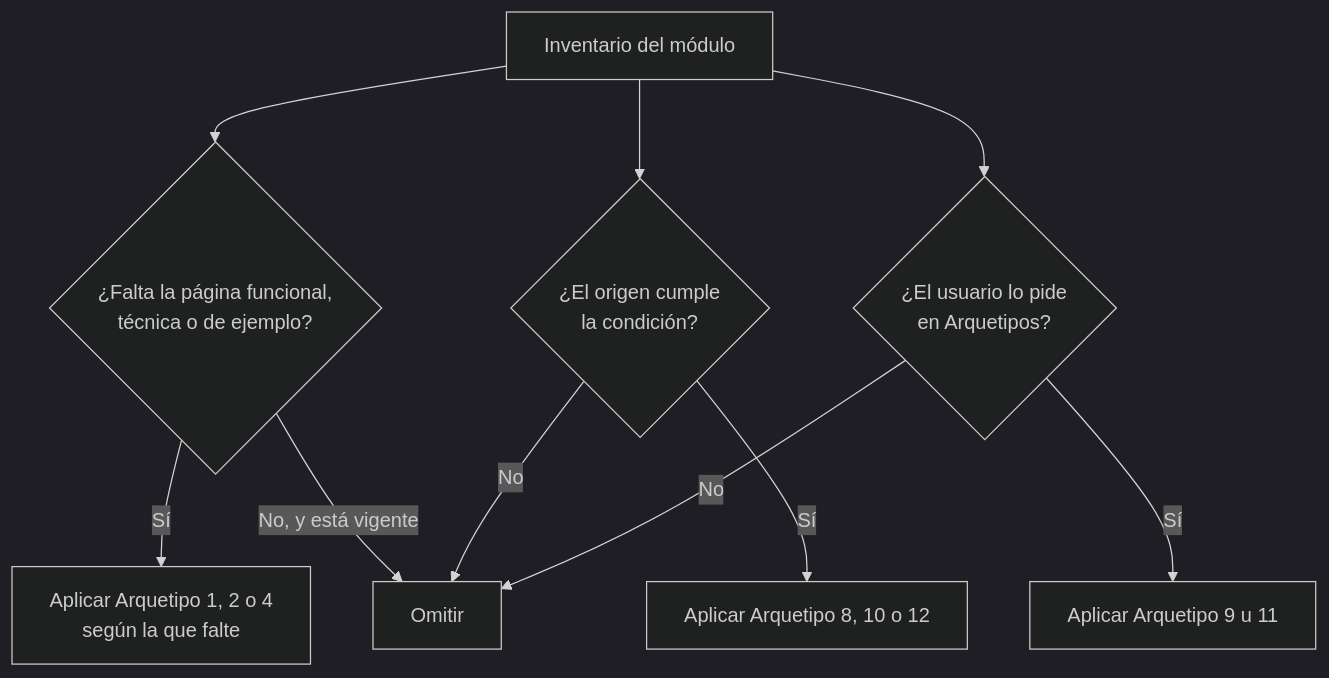
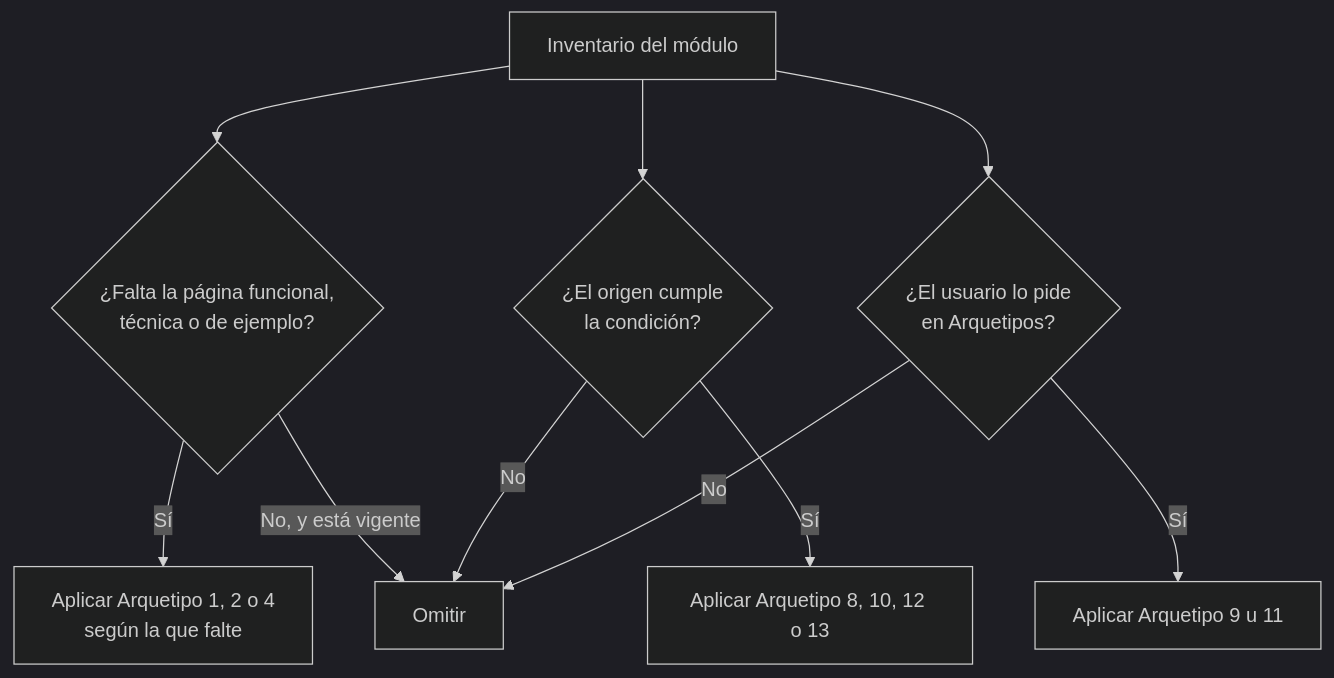
One commit to fmanza/doc_ia changed the diagram in docs/functional/archetypes.md. Above: the diagram before and after it, drawn with Mermaid (dark theme). The commit also changed other lines of this file and 42 other files, not shown here.

````diff
--- a/docs/functional/archetypes.md
+++ b/docs/functional/archetypes.md
@@ -43,14 +49,14 @@
 ```mermaid
 flowchart TD
     accTitle: Qué arquetipos se aplican a un módulo
-    accDescr: Durante el inventario se aplican los Arquetipos 1, 2 y 4 si falta su página, los condicionales 8, 10 y 12 si el origen cumple su condición y los opt-in 9 y 11 si el usuario los pide; en otro caso se omiten.
+    accDescr: Durante el inventario se aplican los Arquetipos 1, 2 y 4 si falta su página, los condicionales 8, 10, 12 y 13 si el origen cumple su condición y los opt-in 9 y 11 si el usuario los pide; en otro caso se omiten.
     INV[Inventario del módulo] --> BASE{¿Falta la página funcional,<br/>técnica o de ejemplo?}
     BASE -- Sí --> A124[Aplicar Arquetipo 1, 2 o 4<br/>según la que falte]
     BASE -- No, y está vigente --> OMIT[Omitir]
     INV --> COND{¿El origen cumple<br/>la condición?}
-    COND -- Sí --> A81012[Aplicar Arquetipo 8, 10 o 12]
+    COND -- Sí --> A81012[Aplicar Arquetipo 8, 10, 12 o 13]
     COND -- No --> OMIT
     INV --> OPT{¿El usuario lo pide<br/>en Arquetipos?}
     OPT -- Sí --> A911[Aplicar Arquetipo 9 u 11]
     OPT -- No --> OMIT
 ```
````
